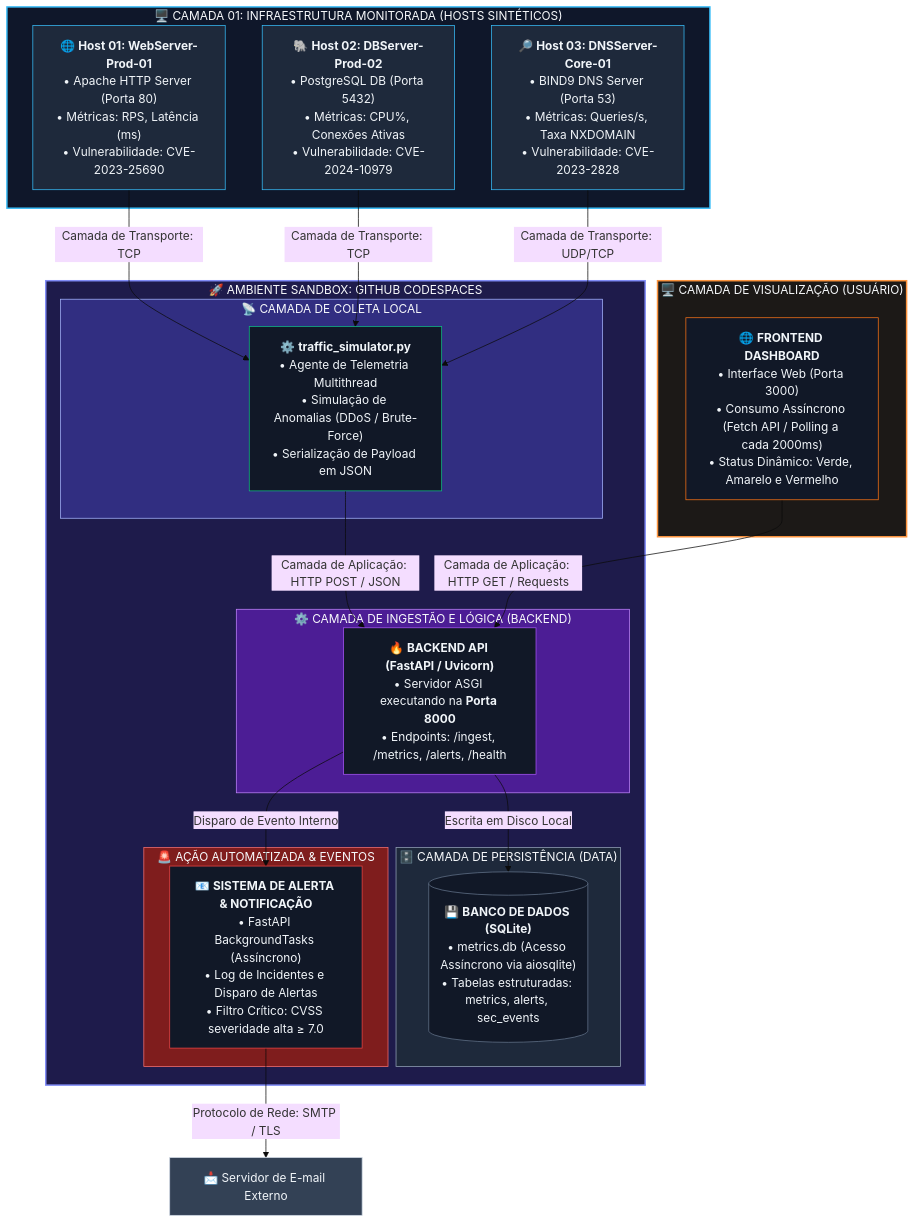
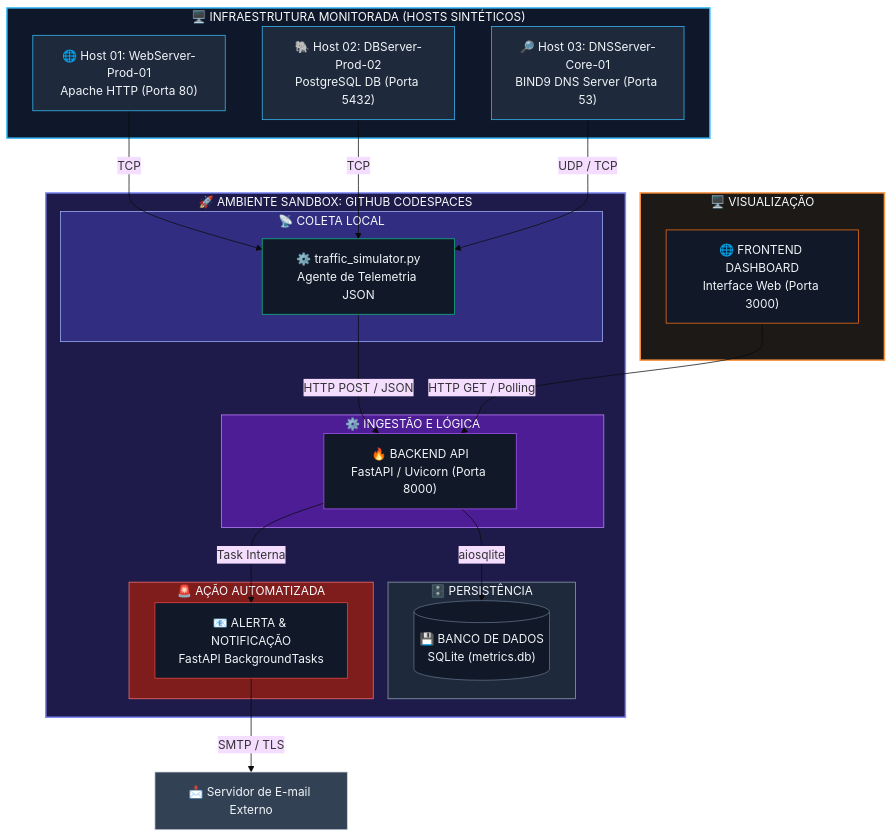
The diagram in DOCUMENTACAO.md (Alicya12/plataforma-monitoramento-devops), drawn with Mermaid (base theme) before and after one commit. The commit also changed other lines of this file, not shown here.

Commit message:
docs: corrige sintaxe do mermaid e ajusta quebra de texto nas caixas

````diff
--- a/DOCUMENTACAO.md
+++ b/DOCUMENTACAO.md
@@ -56,64 +56,64 @@
 ```mermaid
 graph TD
     %% Definição das Camadas Locais e de Rede
-    subgraph INFRA ["🖥️ CAMADA 01: INFRAESTRUTURA MONITORADA (HOSTS SINTÉTICOS)"]
-        H1["🌐 <b>Host 01: WebServer-Prod-01</b><br>• Apache HTTP Server (Porta 80)<br>• Métricas: RPS, Latência (ms)<br>• Vulnerabilidade: CVE-2023-25690"]
-        H2["🐘 <b>Host 02: DBServer-Prod-02</b><br>• PostgreSQL DB (Porta 5432)<br>• Métricas: CPU%, Conexões Ativas<br>• Vulnerabilidade: CVE-2024-10979"]
-        H3["🔎 <b>Host 03: DNSServer-Core-01</b><br>• BIND9 DNS Server (Porta 53)<br>• Métricas: Queries/s, Taxa NXDOMAIN<br>• Vulnerabilidade: CVE-2023-2828"]
+    subgraph INFRA ["🖥️ INFRAESTRUTURA MONITORADA (HOSTS SINTÉTICOS)"]
+        H1["🌐 Host 01: WebServer-Prod-01<br>Apache HTTP (Porta 80)"]
+        H2["🐘 Host 02: DBServer-Prod-02<br>PostgreSQL DB (Porta 5432)"]
+        H3["🔎 Host 03: DNSServer-Core-01<br>BIND9 DNS Server (Porta 53)"]
     end
 
     subgraph COLESCOPE ["🚀 AMBIENTE SANDBOX: GITHUB CODESPACES"]
-        subgraph AGENT_LAYER ["📡 CAMADA DE COLETA LOCAL"]
-            AGENT["⚙️ <b>traffic_simulator.py</b><br>• Agente de Telemetria Multithread<br>• Simulação de Anomalias (DDoS / Brute-Force)<br>• Serialização de Payload em JSON"]
+        subgraph AGENT_LAYER ["📡 COLETA LOCAL"]
+            AGENT["⚙️ traffic_simulator.py<br>Agente de Telemetria JSON"]
         end
 
-        subgraph BACKEND_LAYER ["⚙️ CAMADA DE INGESTÃO E LÓGICA (BACKEND)"]
-            API["🔥 <b>BACKEND API (FastAPI / Uvicorn)</b><br>• Servidor ASGI executando na <b>Porta 8000</b><br>• Endpoints: /ingest, /metrics, /alerts, /health"]
+        subgraph BACKEND_LAYER ["⚙️ INGESTÃO E LÓGICA"]
+            API["🔥 BACKEND API<br>FastAPI / Uvicorn (Porta 8000)"]
         end
 
-        subgraph PERSISTENCE_LAYER ["🗄️ CAMADA DE PERSISTÊNCIA (DATA)"]
-            DB[("💾 <b>BANCO DE DADOS (SQLite)</b><br>• metrics.db (Acesso Assíncrono via aiosqlite)<br>• Tabelas estruturadas: metrics, alerts, sec_events")]
+        subgraph PERSISTENCE_LAYER ["🗄️ PERSISTÊNCIA"]
+            DB[("💾 BANCO DE DADOS<br>SQLite (metrics.db)")]
         end
 
-        subgraph AUTOMATION_LAYER ["🚨 AÇÃO AUTOMATIZADA & EVENTOS"]
-            NOTIFY["📧 <b>SISTEMA DE ALERTA & NOTIFICAÇÃO</b><br>• FastAPI BackgroundTasks (Assíncrono)<br>• Log de Incidentes e Disparo de Alertas<br>• Filtro Crítico: CVSS severidade alta ≥ 7.0"]
+        subgraph AUTOMATION_LAYER ["🚨 AÇÃO AUTOMATIZADA"]
+            NOTIFY["📧 ALERTA & NOTIFICAÇÃO<br>FastAPI BackgroundTasks"]
         end
     end
 
-    subgraph VISUALIZATION ["🖥️ CAMADA DE VISUALIZAÇÃO (USUÁRIO)"]
-        DASH["🌐 <b>FRONTEND DASHBOARD</b><br>• Interface Web (Porta 3000)<br>• Consumo Assíncrono (Fetch API / Polling a cada 2000ms)<br>• Status Dinâmico: Verde, Amarelo e Vermelho"]
+    subgraph VISUALIZATION ["🖥️ VISUALIZAÇÃO"]
+        DASH["🌐 FRONTEND DASHBOARD<br>Interface Web (Porta 3000)"]
     end
 
     %% Fluxos de Comunicação e Mapeamento de Protocolos de Rede
-    H1 -->|Camada de Transporte: TCP| AGENT
-    H2 -->|Camada de Transporte: TCP| AGENT
-    H3 -->|Camada de Transporte: UDP/TCP| AGENT
+    H1 -->|TCP| AGENT
+    H2 -->|TCP| AGENT
+    H3 -->|UDP / TCP| AGENT
 
-    AGENT -->|Camada de Aplicação: HTTP POST / JSON| API
+    AGENT -->|HTTP POST / JSON| API
     
-    API -->|Escrita em Disco Local| DB
-    API -->|Disparo de Evento Interno| NOTIFY
-    NOTIFY -->|Protocolo de Rede: SMTP / TLS| Ext["📩 Servidor de E-mail Externo"]
+    API -->|aiosqlite| DB
+    API -->|Task Interna| NOTIFY
+    NOTIFY -->|SMTP / TLS| Ext["📩 Servidor de E-mail Externo"]
 
-    DASH -->|Camada de Aplicação: HTTP GET / Requests| API
+    DASH -->|HTTP GET / Polling| API
 
     %% Estilização Avançada (Paleta Enterprise de Alto Contraste)
     style INFRA fill:#0f172a,stroke:#38bdf8,stroke-width:2px,color:#f8fafc
     style COLESCOPE fill:#1e1b4b,stroke:#818cf8,stroke-width:2px,color:#f8fafc
     style VISUALIZATION fill:#1c1917,stroke:#fb923c,stroke-width:2px,color:#f8fafc
     
     style AGENT_LAYER fill:#312e81,stroke:#a5b4fc,stroke-width:1px,color:#f8fafc
     style BACKEND_LAYER fill:#4c1d95,stroke:#c084fc,stroke-width:1px,color:#f8fafc
     style PERSISTENCE_LAYER fill:#1e293b,stroke:#94a3b8,stroke-width:1px,color:#f8fafc
     style AUTOMATION_LAYER fill:#7f1d1d,stroke:#f87171,stroke-width:1px,color:#f8fafc
 
     style H1 fill:#1e293b,stroke:#38bdf8,stroke-width:1px,color:#f1f5f9
     style H2 fill:#1e293b,stroke:#38bdf8,stroke-width:1px,color:#f1f5f9
     style H3 fill:#1e293b,stroke:#38bdf8,stroke-width:1px,color:#f1f5f9
     style AGENT fill:#111827,stroke:#10b981,stroke-width:1px,color:#f1f5f9
     style API fill:#111827,stroke:#a855f7,stroke-width:1px,color:#f1f5f9
     style DB fill:#111827,stroke:#64748b,stroke-width:1px,color:#f1f5f9
     style NOTIFY fill:#111827,stroke:#ef4444,stroke-width:1px,color:#f1f5f9
     style DASH fill:#111827,stroke:#f97316,stroke-width:1px,color:#f1f5f9
     style Ext fill:#334155,stroke:#cbd5e1,stroke-width:1px,color:#f1f5f9
 ```
````
